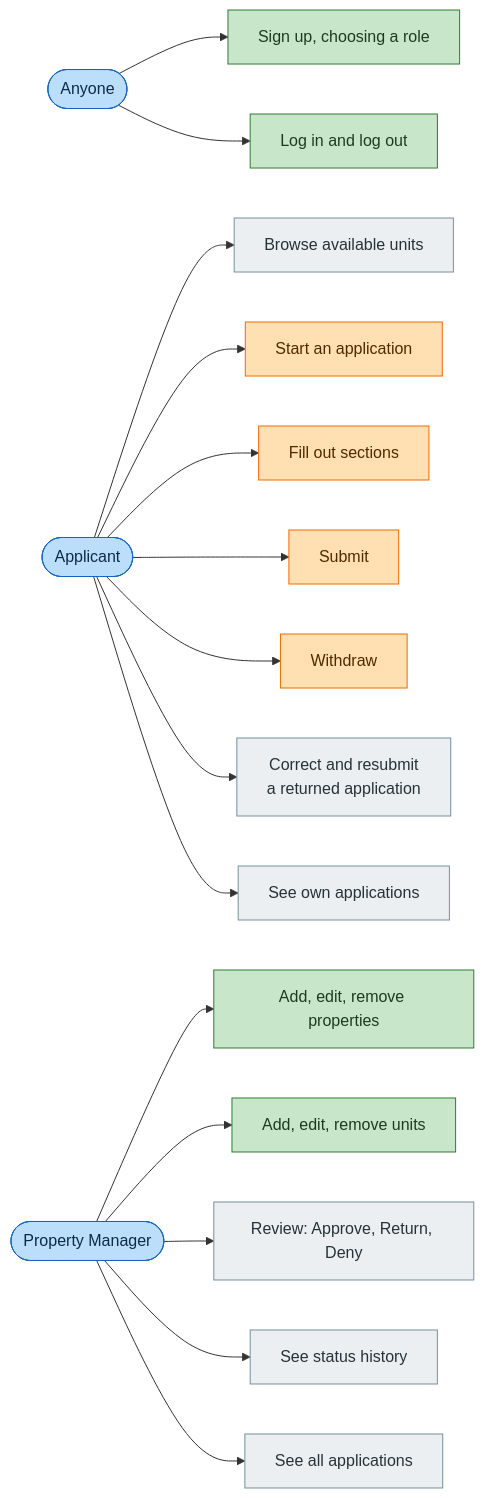
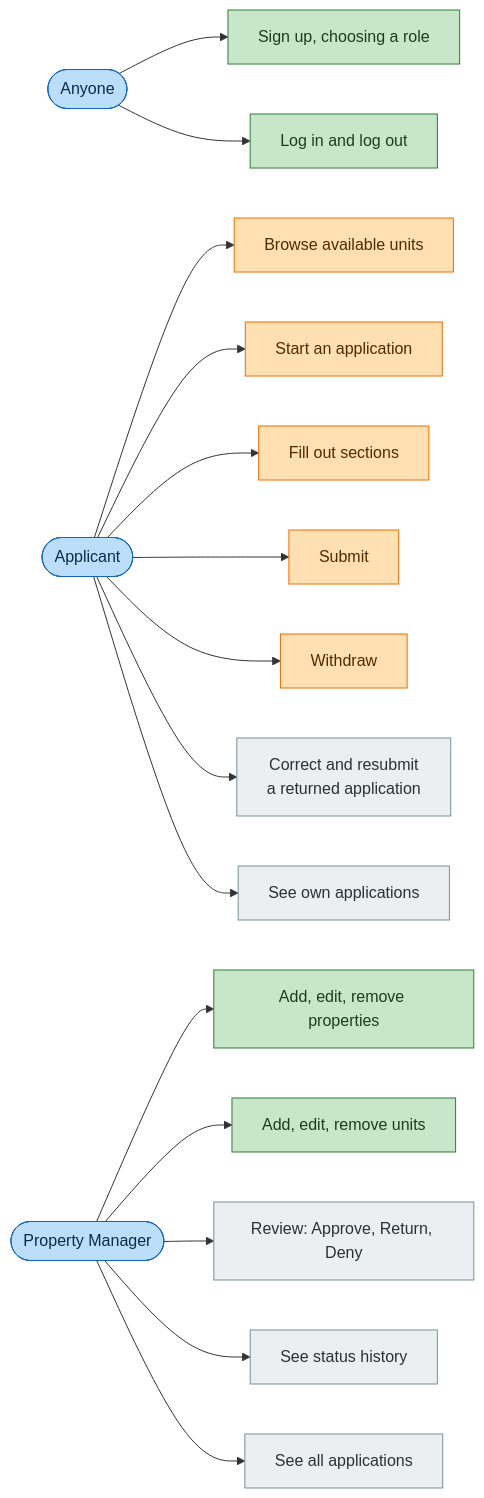
One commit to breps83/troy-rentalportal changed the second of 7 diagrams in docs/diagrams.md. Above: the diagram before and after it, drawn with Mermaid. The commit also changed other lines of this file and 12 other files, not shown here.

````diff
--- a/docs/diagrams.md
+++ b/docs/diagrams.md
@@ -67,28 +67,28 @@
 ```mermaid
 flowchart LR
     classDef done fill:#c8e6c9,stroke:#2e7d32,color:#1b3d1f
     classDef partial fill:#ffe0b2,stroke:#ef6c00,color:#4e2a00
     classDef todo fill:#eceff1,stroke:#78909c,color:#263238
     classDef actor fill:#bbdefb,stroke:#1565c0,color:#0d2a4a
 
     Anyone(["Anyone"]):::actor
     A(["Applicant"]):::actor
     PM(["Property Manager"]):::actor
 
     Anyone --> SignUp["Sign up, choosing a role"]:::done
     Anyone --> LogIn["Log in and log out"]:::done
 
-    A --> Browse["Browse available units"]:::todo
+    A --> Browse["Browse available units"]:::partial
     A --> Start["Start an application"]:::partial
     A --> Fill["Fill out sections"]:::partial
     A --> Submit["Submit"]:::partial
     A --> Withdraw["Withdraw"]:::partial
     A --> Resubmit["Correct and resubmit<br/>a returned application"]:::todo
     A --> OwnList["See own applications"]:::todo
 
     PM --> Props["Add, edit, remove properties"]:::done
     PM --> Units["Add, edit, remove units"]:::done
     PM --> Review["Review: Approve, Return, Deny"]:::todo
     PM --> History["See status history"]:::todo
     PM --> AllList["See all applications"]:::todo
 ```
````
